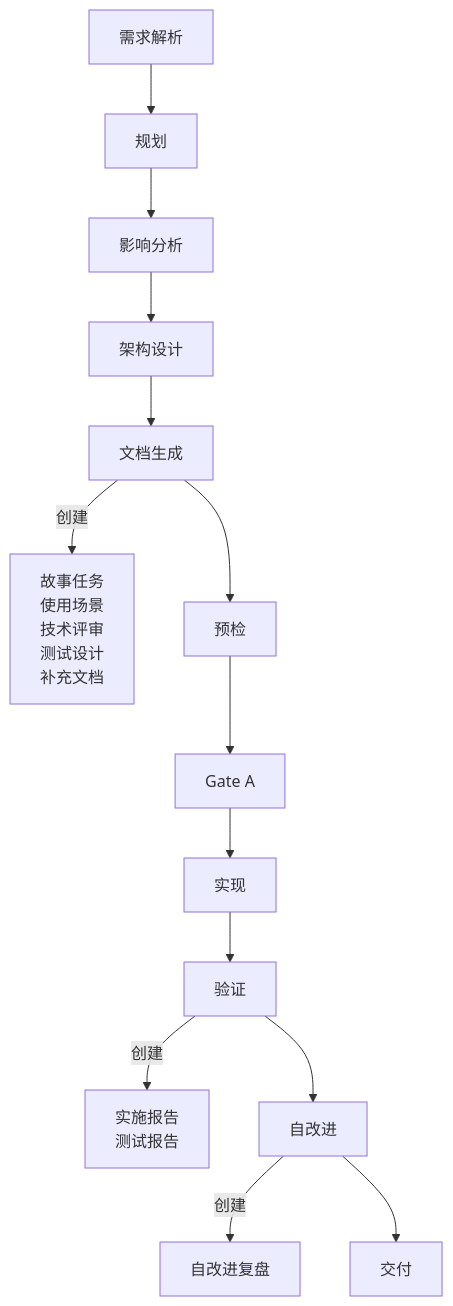
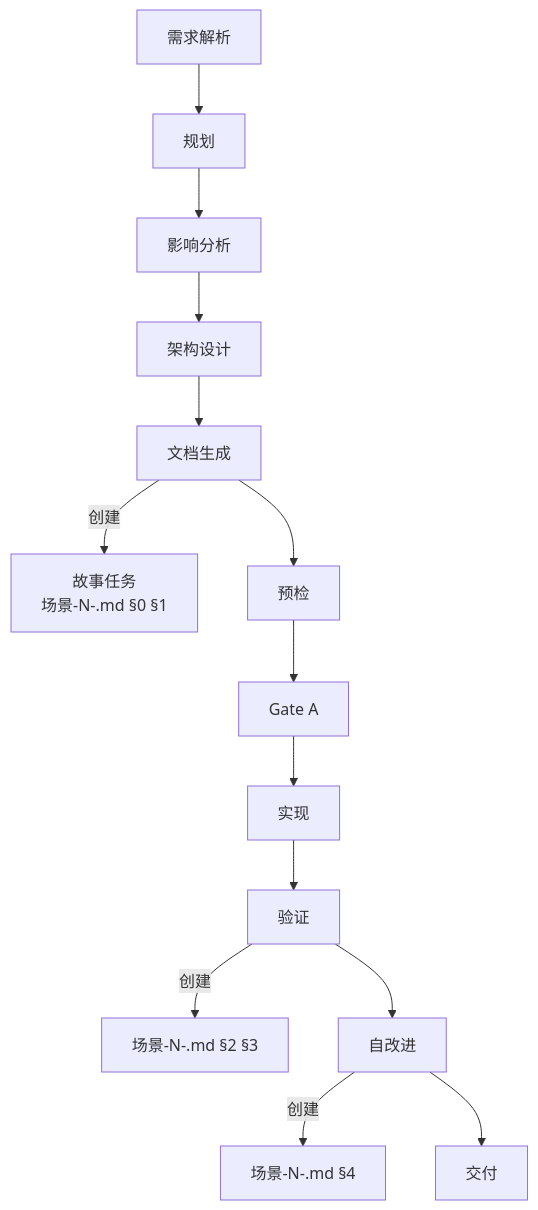
Before and after one commit to effiy/YrY: the second of 3 diagrams in skills/rui/coder.md, drawn with Mermaid. The commit also changed other lines of this file and 28 other files, not shown here.

````diff
--- a/skills/rui/coder.md
+++ b/skills/rui/coder.md
@@ -56,17 +48,17 @@
 ```mermaid
 flowchart TB
     A["需求解析"]:::phase --> B["规划"]:::phase
     B --> C["影响分析"]:::phase
     C --> D["架构设计"]:::phase
     D --> E["文档生成"]:::phase
-    E -->|"创建"| E1["故事任务<br/>使用场景<br/>技术评审<br/>测试设计<br/>补充文档"]:::create
+    E -->|"创建"| E1["故事任务<br/>场景-N-<slug>.md §0 §1"]:::create
     E --> F["预检"]:::phase
     F --> G["Gate A"]:::gate
     G --> H["实现"]:::phase
     H --> I["验证"]:::phase
-    I -->|"创建"| I1["实施报告<br/>测试报告"]:::create
+    I -->|"创建"| I1["场景-N-<slug>.md §2 §3"]:::create
     I --> J["自改进"]:::phase
-    J -->|"创建"| J1["自改进复盘"]:::create
+    J -->|"创建"| J1["场景-N-<slug>.md §4"]:::create
     J --> K["交付"]:::phase
 
 ```
````
